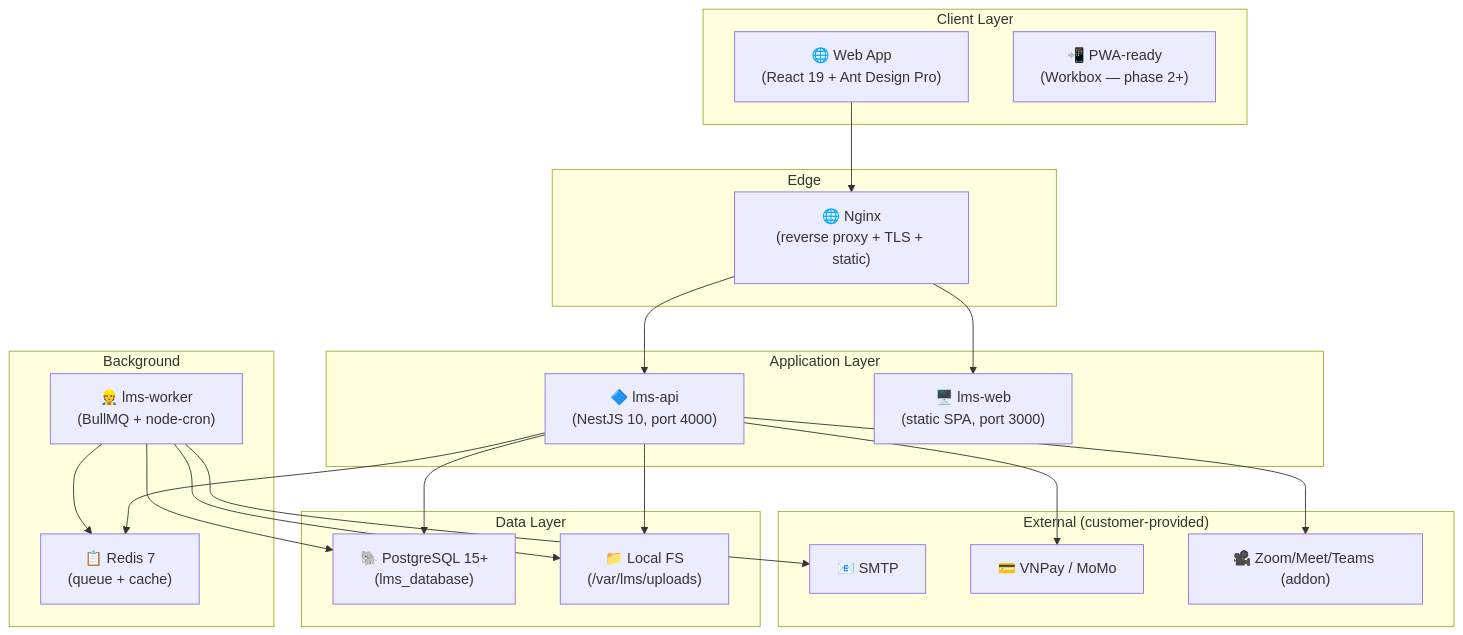
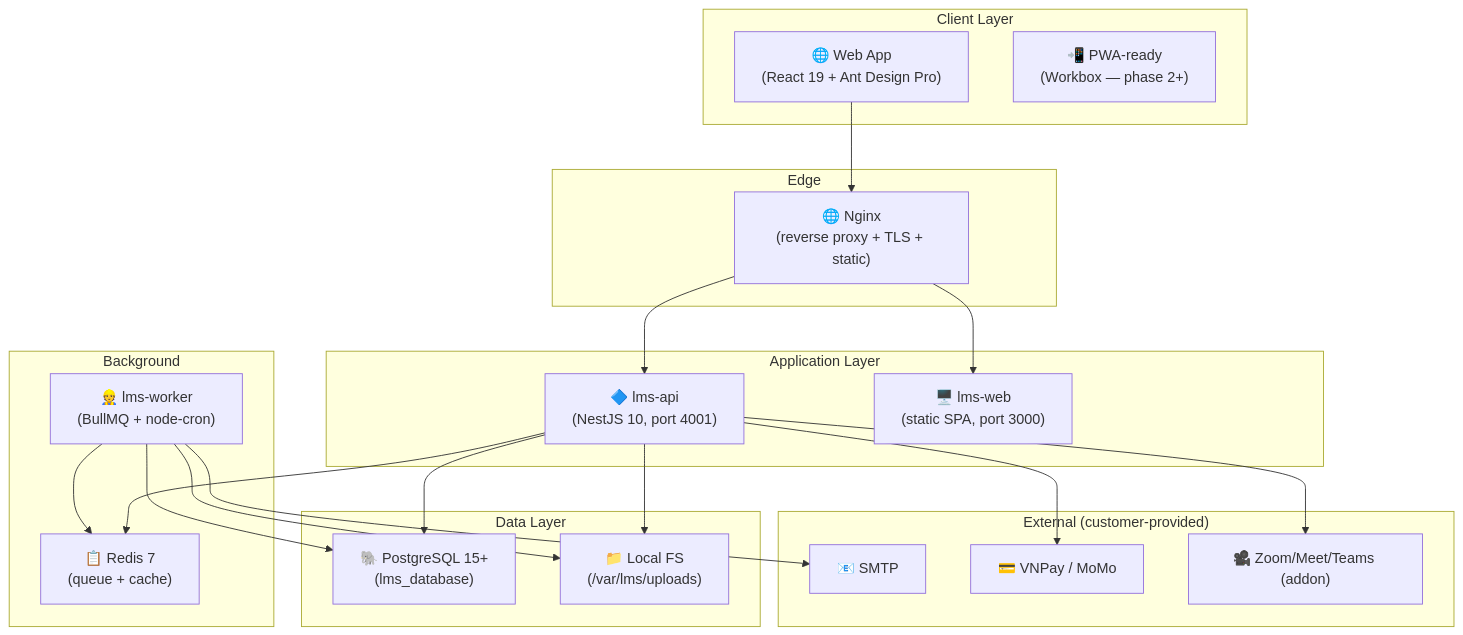
One commit to quocanhcgd/HNLMSV2 changed the diagram in docs/01-architecture.md. Above: the diagram before and after it, drawn with Mermaid. The commit also changed other lines of this file and 11 other files, not shown here.

First line of the commit message:
chore(api): change API port 4000 -> 4001 (4000 bị chiếm trên máy dev)

````diff
--- a/docs/01-architecture.md
+++ b/docs/01-architecture.md
@@ -15,45 +15,45 @@
 ```mermaid
 graph TB
     subgraph "Client Layer"
         Web["🌐 Web App<br/>(React 19 + Ant Design Pro)"]
         PWA["📲 PWA-ready<br/>(Workbox — phase 2+)"]
     end
 
     subgraph "Edge"
         Nginx["🌐 Nginx<br/>(reverse proxy + TLS + static)"]
     end
 
     subgraph "Application Layer"
-        API["🔷 lms-api<br/>(NestJS 10, port 4000)"]
+        API["🔷 lms-api<br/>(NestJS 10, port 4001)"]
         WebSrv["🖥️ lms-web<br/>(static SPA, port 3000)"]
     end
 
     subgraph "Background"
         Worker["👷 lms-worker<br/>(BullMQ + node-cron)"]
         Queue["📋 Redis 7<br/>(queue + cache)"]
     end
 
     subgraph "Data Layer"
         PG["🐘 PostgreSQL 15+<br/>(lms_database)"]
         FS["📁 Local FS<br/>(/var/lms/uploads)"]
     end
 
     subgraph "External (customer-provided)"
         SMTP["📧 SMTP"]
         Pay["💳 VNPay / MoMo"]
         Meet["🎥 Zoom/Meet/Teams (addon)"]
     end
 
     Web --> Nginx
     Nginx --> WebSrv
     Nginx --> API
     API --> PG
     API --> Queue
     API --> FS
     Worker --> Queue
     Worker --> PG
     Worker --> FS
     Worker --> SMTP
     API --> Pay
     API --> Meet
 ```
````
